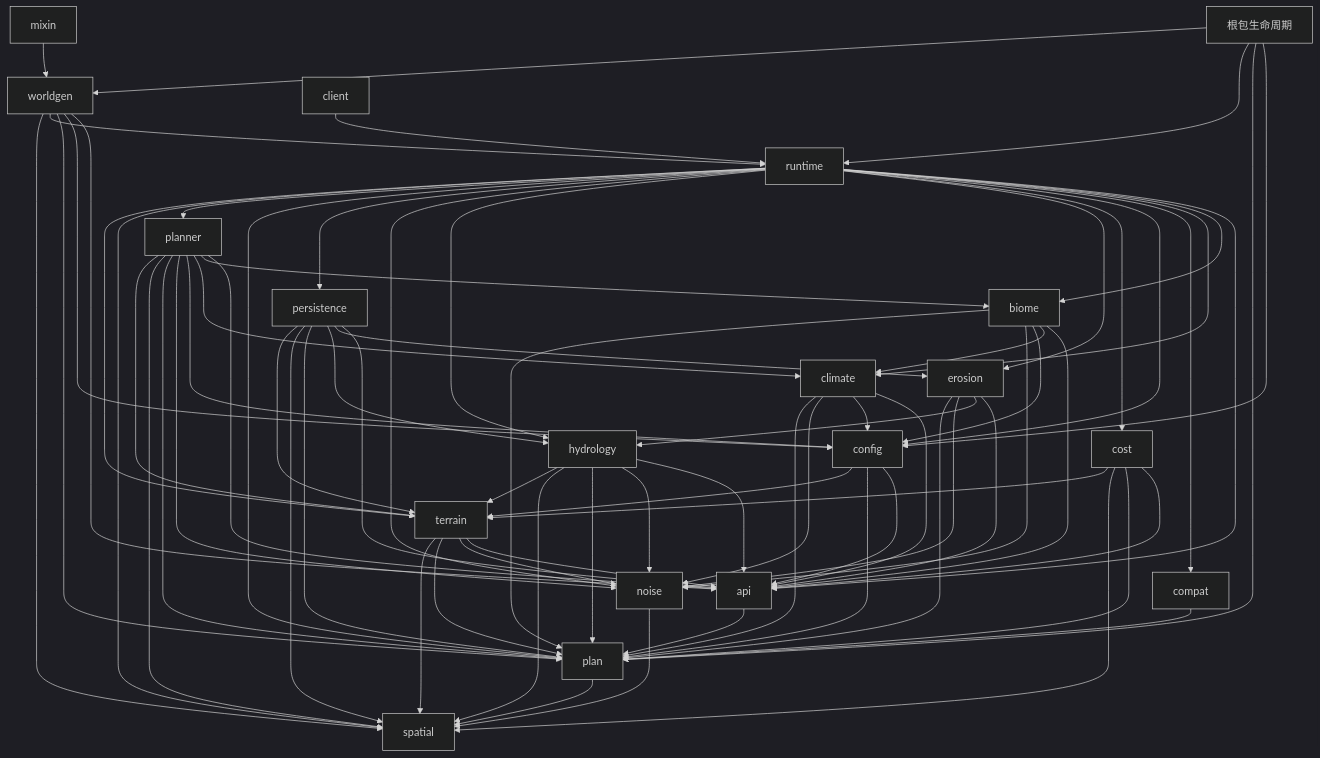
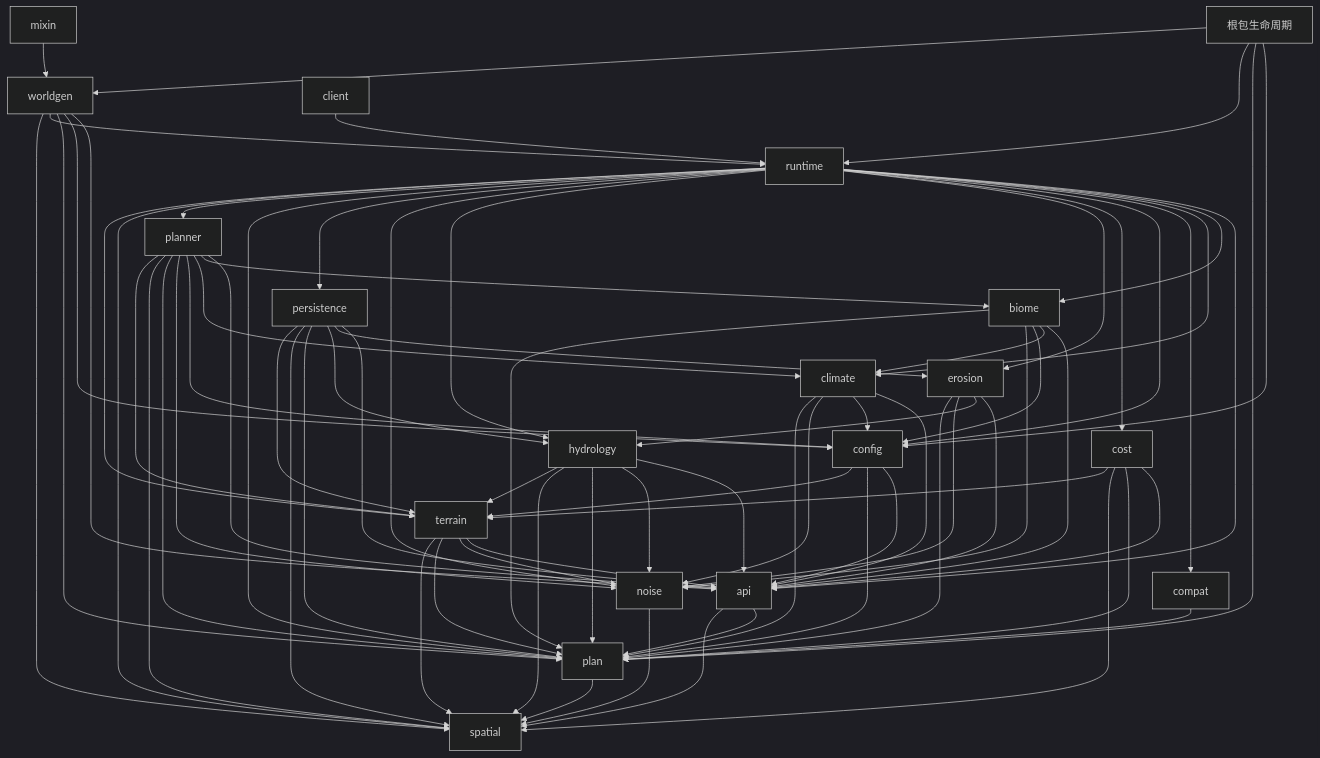
Before and after one commit to SuperUnom/AdventureWorldGen: the second of 2 diagrams in docs/architecture/overview.md, drawn with Mermaid (dark theme). The commit also changed other lines of this file and 93 other files, not shown here.

````diff
--- a/docs/architecture/overview.md
+++ b/docs/architecture/overview.md
@@ -41,21 +41,21 @@
 ```mermaid
 flowchart TD
     root[根包生命周期] --> config & plan & runtime & worldgen
     client --> runtime
     mixin --> worldgen
     worldgen --> api & config & plan & runtime & spatial
     runtime --> api & biome & climate & compat & config & cost & erosion & hydrology & noise & persistence & plan & planner & spatial & terrain
     planner --> api & biome & climate & config & noise & plan & spatial & terrain
     persistence --> api & erosion & hydrology & plan & spatial & terrain
     config --> api & plan & terrain
     cost --> api & plan & spatial & terrain
     biome --> api & climate & config & noise & plan
     climate --> api & config & noise & plan
     erosion --> api & hydrology & noise & plan
     hydrology --> api & noise & plan & spatial & terrain
     terrain --> api & noise & plan & spatial
     compat --> plan
-    api --> plan
+    api --> plan & spatial
     noise --> spatial
     plan --> spatial
 ```
````
